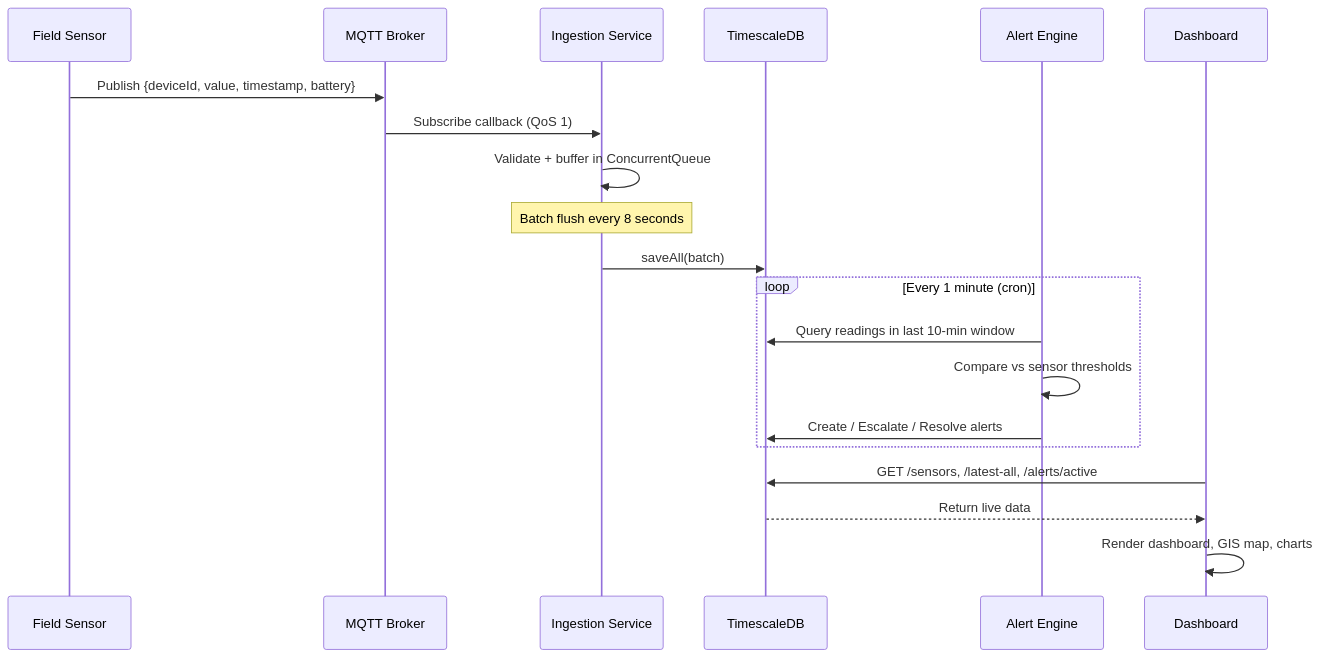
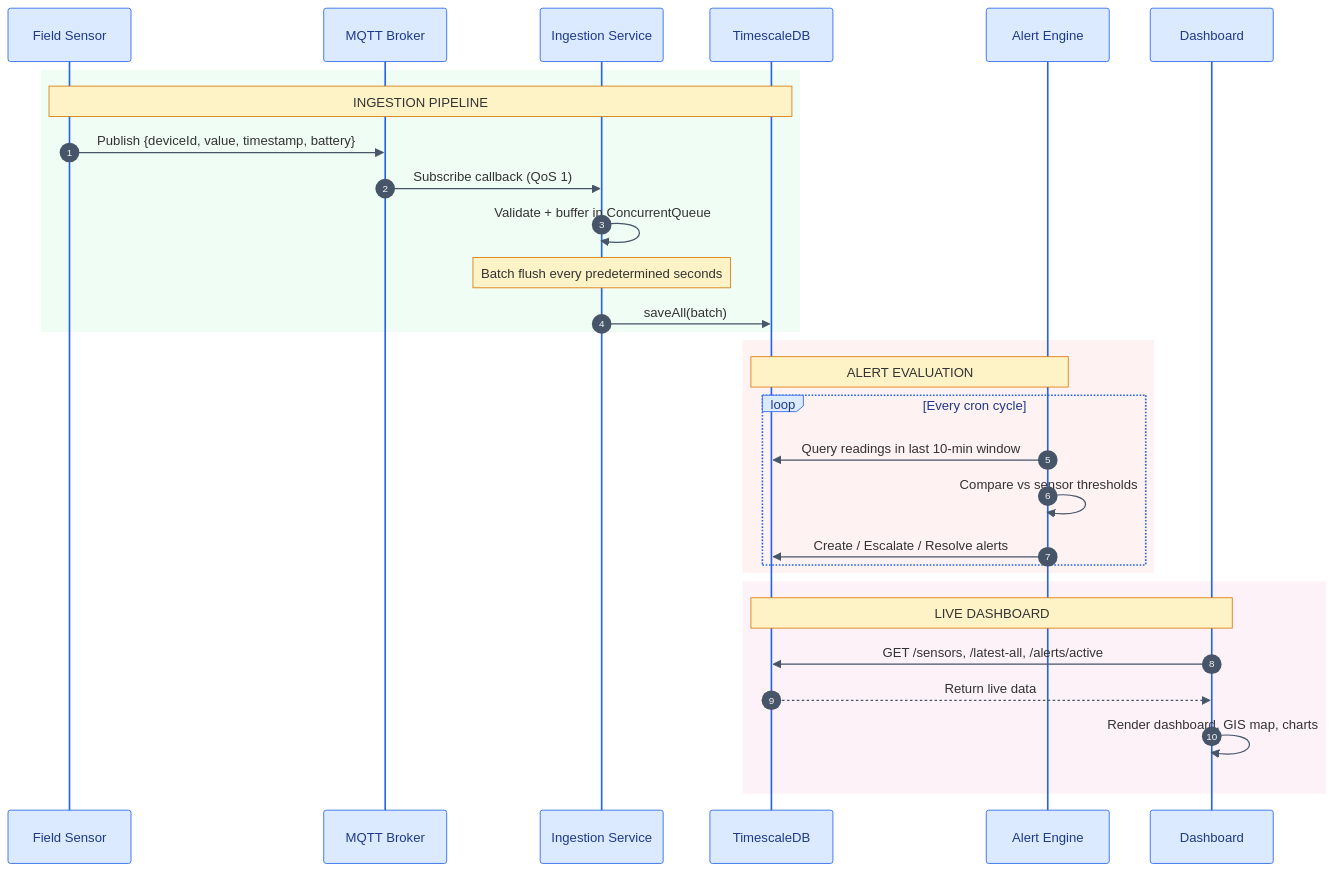
One commit to cepdnaclk/e22-co2060-hydro-risk-management changed the second of 2 diagrams in README.md. Above: the diagram before and after it, drawn with Mermaid. The commit also changed other lines of this file and 3 other files, not shown here.

````diff
--- a/README.md
+++ b/README.md
@@ -153,25 +114,36 @@
 ```mermaid
+%%{init: {'theme':'base','themeVariables':{'fontFamily':'Inter, Segoe UI, sans-serif','actorBkg':'#dbeafe','actorBorder':'#2563eb','actorTextColor':'#1e3a8a','noteBkgColor':'#fef3c7','noteBorderColor':'#d97706','signalColor':'#475569'}}}%%
 sequenceDiagram
+    autonumber
     participant Sensor as Field Sensor
     participant MQTT as MQTT Broker
     participant Ingest as Ingestion Service
     participant DB as TimescaleDB
     participant Alert as Alert Engine
     participant FE as Dashboard
 
+    rect rgb(240, 253, 244)
+    Note over Sensor,DB: INGESTION PIPELINE
     Sensor->>MQTT: Publish {deviceId, value, timestamp, battery}
     MQTT->>Ingest: Subscribe callback (QoS 1)
     Ingest->>Ingest: Validate + buffer in ConcurrentQueue
-    Note over Ingest: Batch flush every 8 seconds
+    Note over Ingest:  Batch flush every predetermined seconds
     Ingest->>DB: saveAll(batch)
-    
-    loop Every 1 minute (cron)
+    end
+
+    rect rgb(254, 242, 242)
+    Note over Alert,DB: ALERT EVALUATION
+    loop Every cron cycle
         Alert->>DB: Query readings in last 10-min window
         Alert->>Alert: Compare vs sensor thresholds
         Alert->>DB: Create / Escalate / Resolve alerts
     end
+    end
 
+    rect rgb(253, 242, 248)
+    Note over FE,DB: LIVE DASHBOARD
     FE->>DB: GET /sensors, /latest-all, /alerts/active
     DB-->>FE: Return live data
     FE->>FE: Render dashboard, GIS map, charts
+    end
 ```
````
